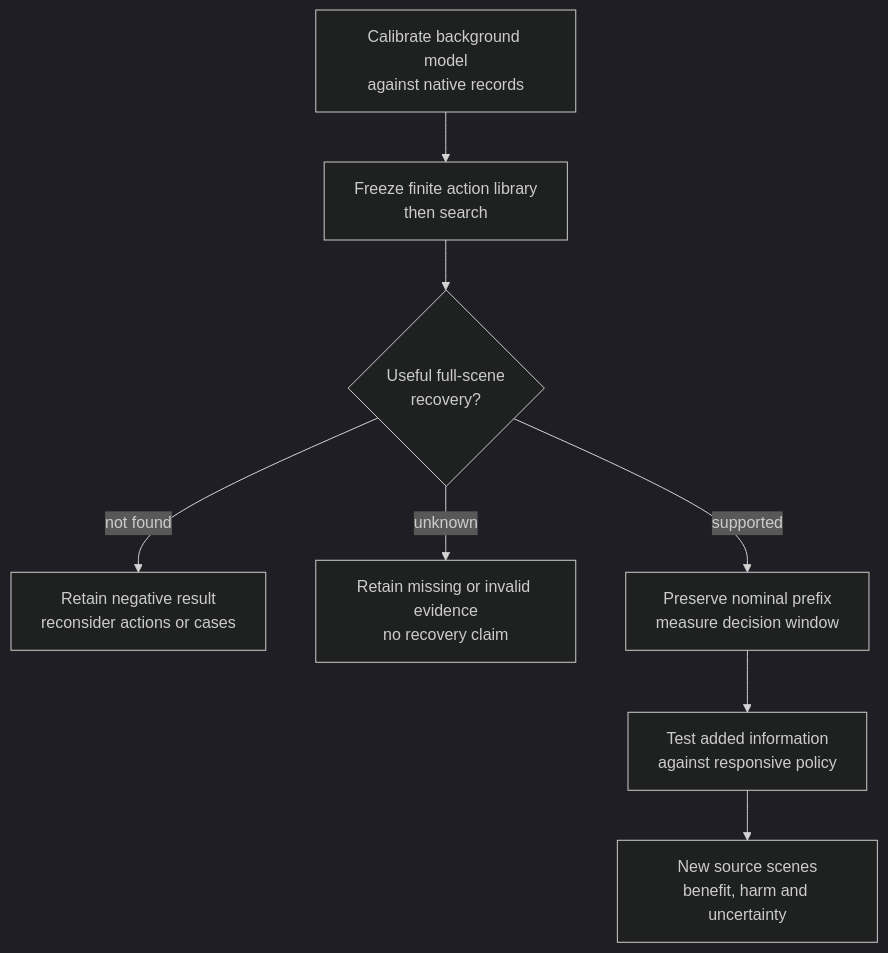
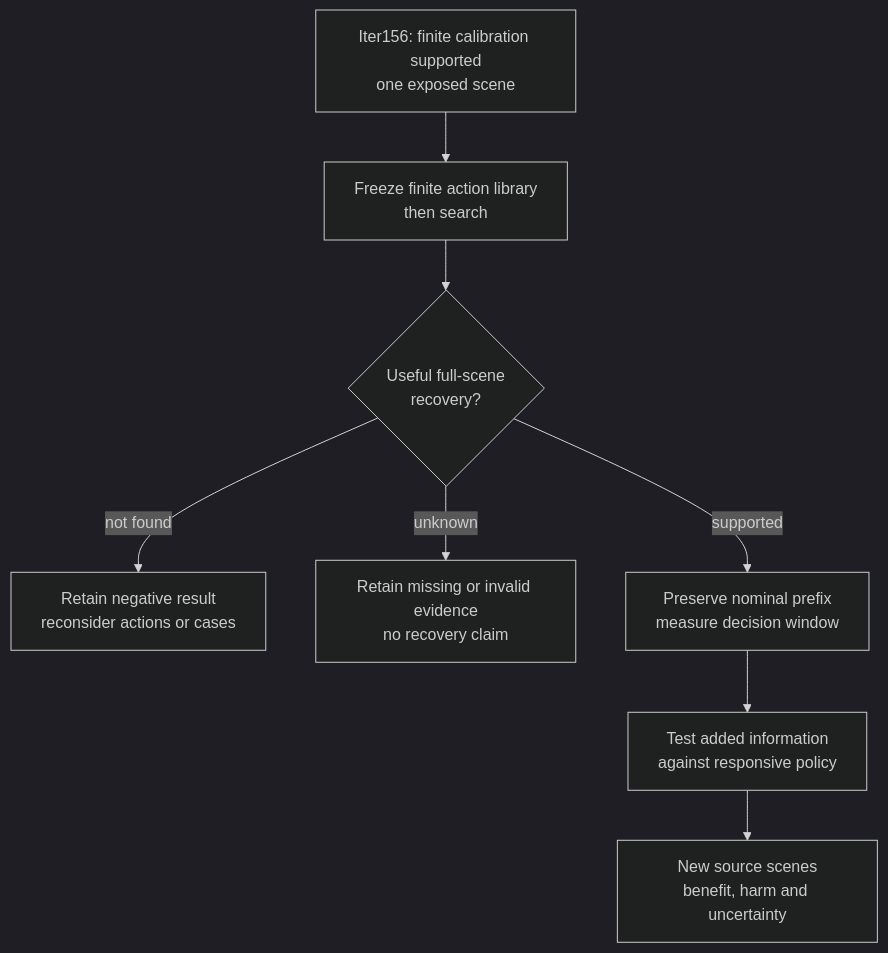
One commit to manfromnowhere143/sentinel changed the third of 3 diagrams in README.md. Above: the diagram before and after it, drawn with Mermaid (dark theme). The commit also changed other lines of this file and 36 other files, not shown here.

Commit message:
Close Iter156 finite background calibration with independent replay

````diff
--- a/README.md
+++ b/README.md
@@ -436,12 +454,12 @@
 ```mermaid
 flowchart TB
   accTitle: The proposed route from collision replay to information benefit
   accDescr: Calibration precedes a new action search. Full-scene recovery and a measured decision window are required before testing an added signal.
-  C["Calibrate background model<br/>against native records"] --> S["Freeze finite action library<br/>then search"]
+  C["Iter156: finite calibration supported<br/>one exposed scene"] --> S["Freeze finite action library<br/>then search"]
   S --> R{"Useful full-scene<br/>recovery?"}
   R -- "not found" --> N["Retain negative result<br/>reconsider actions or cases"]
   R -- "unknown" --> U["Retain missing or invalid evidence<br/>no recovery claim"]
   R -- "supported" --> W["Preserve nominal prefix<br/>measure decision window"]
   W --> I["Test added information<br/>against responsive policy"]
   I --> H["New source scenes<br/>benefit, harm and uncertainty"]
 ```
````
